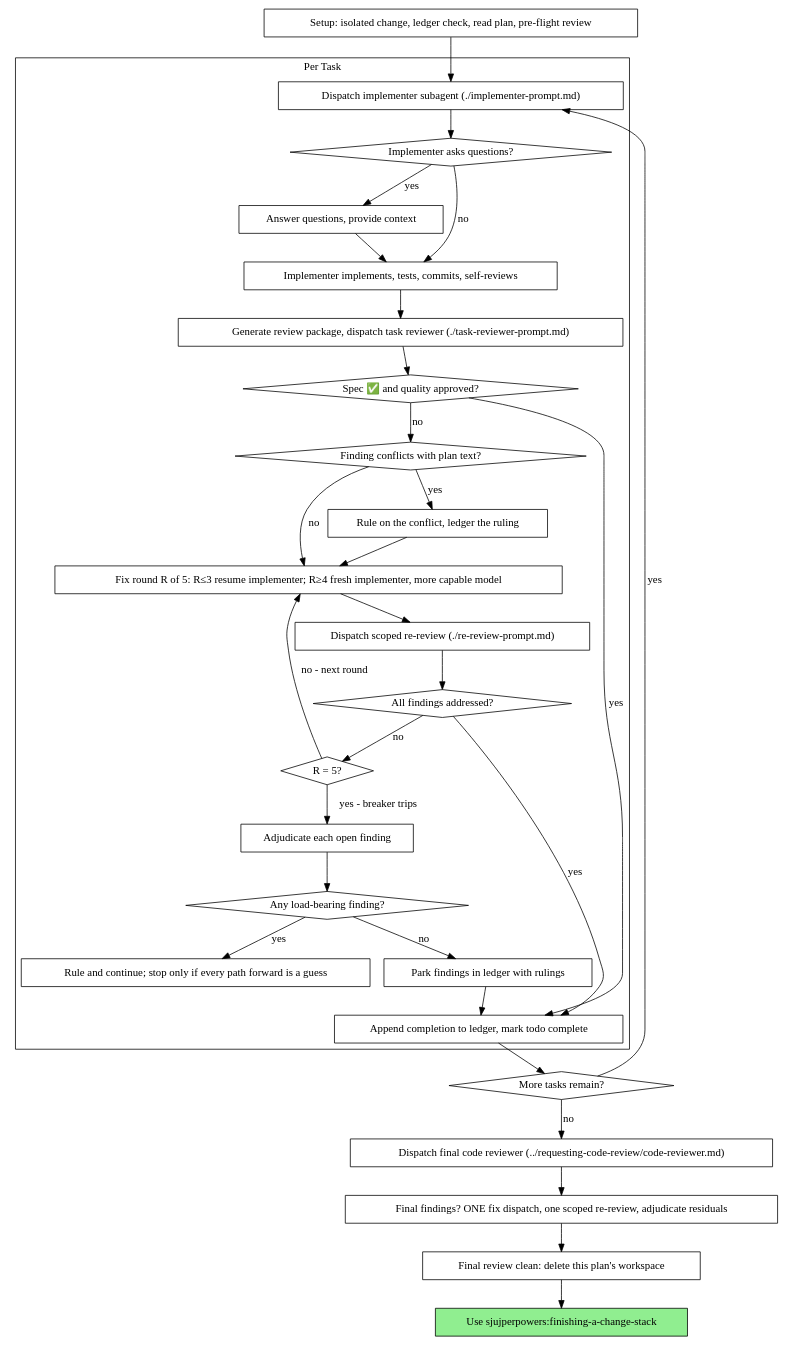
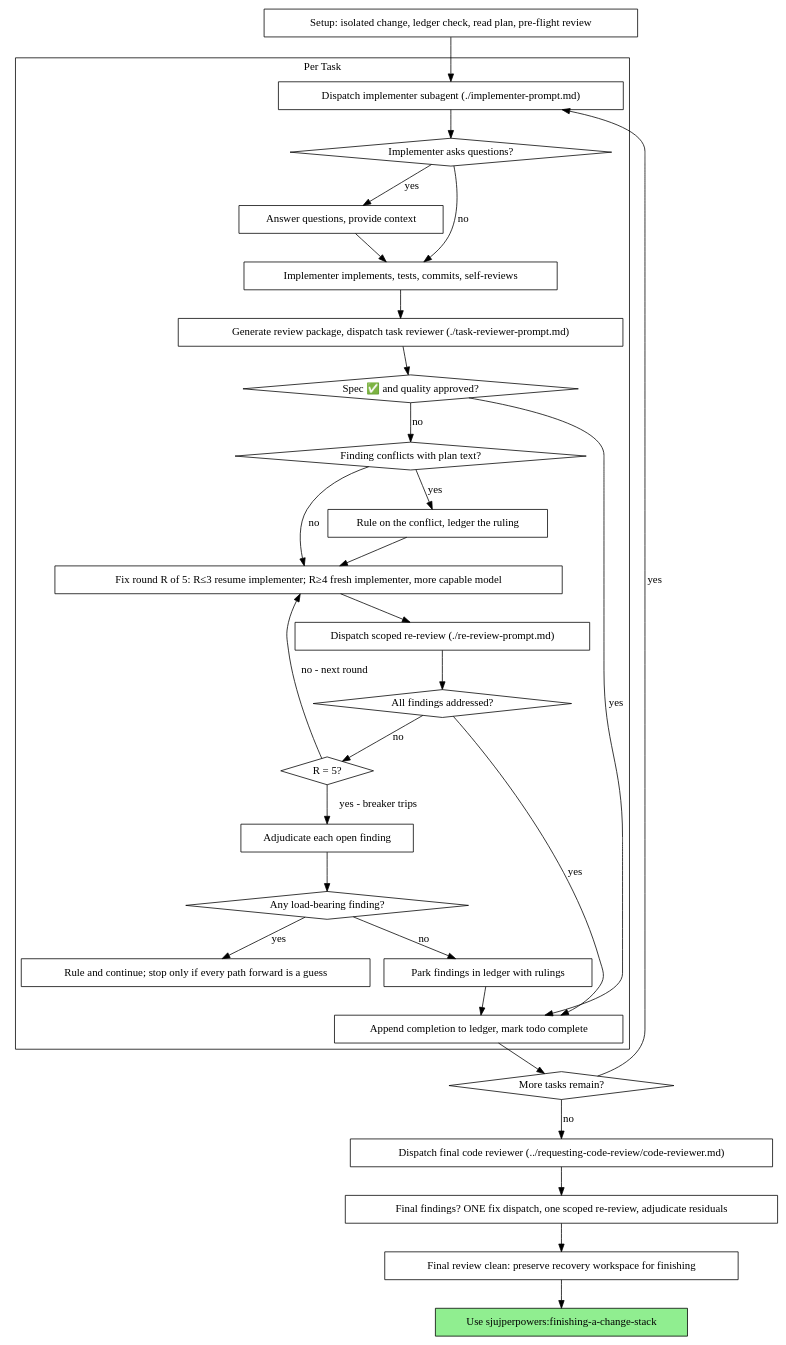
The second of 2 diagrams in skills/subagent-driven-development/SKILL.md (codyw912/sjujperpowers), drawn with Graphviz before and after one commit. The commit also changed other lines of this file and 18 other files, not shown here.

````diff
--- a/skills/subagent-driven-development/SKILL.md
+++ b/skills/subagent-driven-development/SKILL.md
@@ -61,62 +61,62 @@
 ```dot
 digraph process {
     rankdir=TB;
 
     subgraph cluster_per_task {
         label="Per Task";
         "Dispatch implementer subagent (./implementer-prompt.md)" [shape=box];
         "Implementer asks questions?" [shape=diamond];
         "Answer questions, provide context" [shape=box];
         "Implementer implements, tests, commits, self-reviews" [shape=box];
         "Generate review package, dispatch task reviewer (./task-reviewer-prompt.md)" [shape=box];
         "Spec ✅ and quality approved?" [shape=diamond];
         "Finding conflicts with plan text?" [shape=diamond];
         "Rule on the conflict, ledger the ruling" [shape=box];
         "Fix round R of 5: R≤3 resume implementer; R≥4 fresh implementer, more capable model" [shape=box];
         "Dispatch scoped re-review (./re-review-prompt.md)" [shape=box];
         "All findings addressed?" [shape=diamond];
         "R = 5?" [shape=diamond];
         "Adjudicate each open finding" [shape=box];
         "Any load-bearing finding?" [shape=diamond];
         "Rule and continue; stop only if every path forward is a guess" [shape=box];
         "Park findings in ledger with rulings" [shape=box];
         "Append completion to ledger, mark todo complete" [shape=box];
     }
 
     "Setup: isolated change, ledger check, read plan, pre-flight review" [shape=box];
     "More tasks remain?" [shape=diamond];
     "Dispatch final code reviewer (../requesting-code-review/code-reviewer.md)" [shape=box];
     "Final findings? ONE fix dispatch, one scoped re-review, adjudicate residuals" [shape=box];
-    "Final review clean: delete this plan's workspace" [shape=box];
+    "Final review clean: preserve recovery workspace for finishing" [shape=box];
     "Use sjujperpowers:finishing-a-change-stack" [shape=box style=filled fillcolor=lightgreen];
 
     "Setup: isolated change, ledger check, read plan, pre-flight review" -> "Dispatch implementer subagent (./implementer-prompt.md)";
     "Dispatch implementer subagent (./implementer-prompt.md)" -> "Implementer asks questions?";
     "Implementer asks questions?" -> "Answer questions, provide context" [label="yes"];
     "Answer questions, provide context" -> "Implementer implements, tests, commits, self-reviews";
     "Implementer asks questions?" -> "Implementer implements, tests, commits, self-reviews" [label="no"];
     "Implementer implements, tests, commits, self-reviews" -> "Generate review package, dispatch task reviewer (./task-reviewer-prompt.md)";
     "Generate review package, dispatch task reviewer (./task-reviewer-prompt.md)" -> "Spec ✅ and quality approved?";
     "Spec ✅ and quality approved?" -> "Append completion to ledger, mark todo complete" [label="yes"];
     "Spec ✅ and quality approved?" -> "Finding conflicts with plan text?" [label="no"];
     "Finding conflicts with plan text?" -> "Rule on the conflict, ledger the ruling" [label="yes"];
     "Rule on the conflict, ledger the ruling" -> "Fix round R of 5: R≤3 resume implementer; R≥4 fresh implementer, more capable model";
     "Finding conflicts with plan text?" -> "Fix round R of 5: R≤3 resume implementer; R≥4 fresh implementer, more capable model" [label="no"];
     "Fix round R of 5: R≤3 resume implementer; R≥4 fresh implementer, more capable model" -> "Dispatch scoped re-review (./re-review-prompt.md)";
     "Dispatch scoped re-review (./re-review-prompt.md)" -> "All findings addressed?";
     "All findings addressed?" -> "Append completion to ledger, mark todo complete" [label="yes"];
     "All findings addressed?" -> "R = 5?" [label="no"];
     "R = 5?" -> "Fix round R of 5: R≤3 resume implementer; R≥4 fresh implementer, more capable model" [label="no - next round"];
     "R = 5?" -> "Adjudicate each open finding" [label="yes - breaker trips"];
     "Adjudicate each open finding" -> "Any load-bearing finding?";
     "Any load-bearing finding?" -> "Rule and continue; stop only if every path forward is a guess" [label="yes"];
     "Any load-bearing finding?" -> "Park findings in ledger with rulings" [label="no"];
     "Park findings in ledger with rulings" -> "Append completion to ledger, mark todo complete";
     "Append completion to ledger, mark todo complete" -> "More tasks remain?";
     "More tasks remain?" -> "Dispatch implementer subagent (./implementer-prompt.md)" [label="yes"];
     "More tasks remain?" -> "Dispatch final code reviewer (../requesting-code-review/code-reviewer.md)" [label="no"];
     "Dispatch final code reviewer (../requesting-code-review/code-reviewer.md)" -> "Final findings? ONE fix dispatch, one scoped re-review, adjudicate residuals";
-    "Final findings? ONE fix dispatch, one scoped re-review, adjudicate residuals" -> "Final review clean: delete this plan's workspace";
-    "Final review clean: delete this plan's workspace" -> "Use sjujperpowers:finishing-a-change-stack";
+    "Final findings? ONE fix dispatch, one scoped re-review, adjudicate residuals" -> "Final review clean: preserve recovery workspace for finishing";
+    "Final review clean: preserve recovery workspace for finishing" -> "Use sjujperpowers:finishing-a-change-stack";
 }
 ```
````
